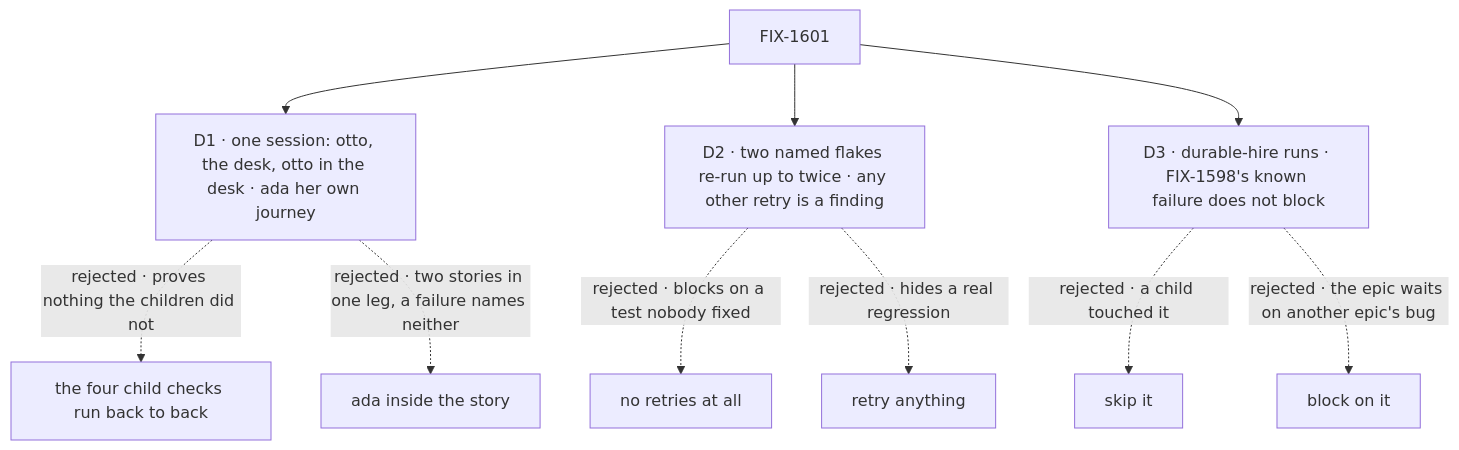
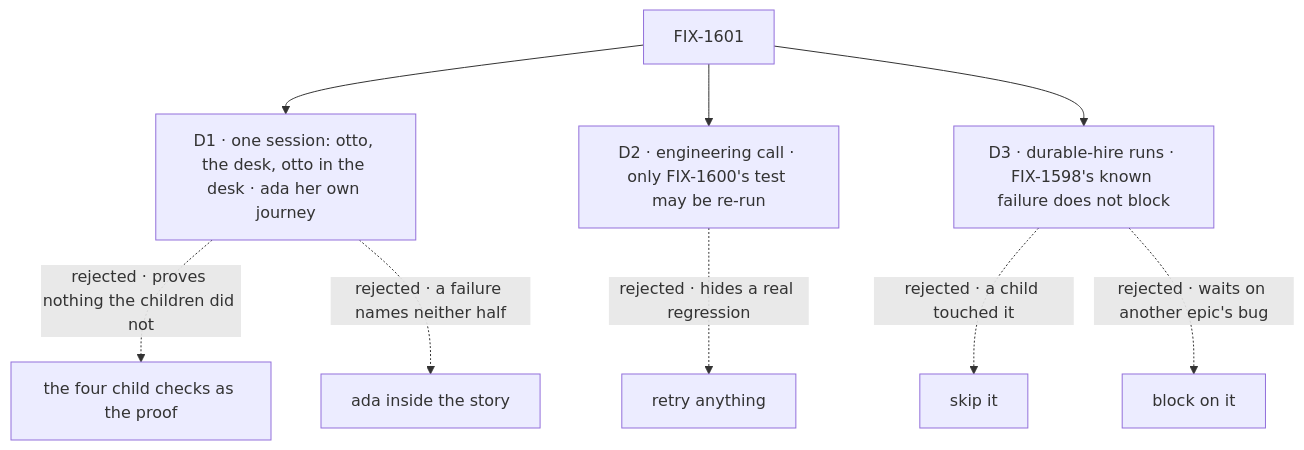
Before and after one commit to fixpoint-labs/flow-state-dev: the diagram in specs/issues/FIX-1601/DECISIONS.md, drawn with Mermaid. The commit also changed other lines of this file and 6 other files, not shown here.

````diff
--- a/specs/issues/FIX-1601/DECISIONS.md
+++ b/specs/issues/FIX-1601/DECISIONS.md
@@ -12,12 +11,11 @@
 ```mermaid
 flowchart TD
   I["FIX-1601"] --> D1["D1 · one session: otto, the desk, otto in the desk · ada her own journey"]
-  D1 -.->|"rejected · proves nothing the children did not"| X1a["the four child checks run back to back"]
-  D1 -.->|"rejected · two stories in one leg, a failure names neither"| X1b["ada inside the story"]
-  I --> D2["D2 · two named flakes re-run up to twice · any other retry is a finding"]
-  D2 -.->|"rejected · blocks on a test nobody fixed"| X2a["no retries at all"]
-  D2 -.->|"rejected · hides a real regression"| X2b["retry anything"]
+  D1 -.->|"rejected · proves nothing the children did not"| X1a["the four child checks as the proof"]
+  D1 -.->|"rejected · a failure names neither half"| X1b["ada inside the story"]
+  I --> D2["D2 · engineering call · only FIX-1600's test may be re-run"]
+  D2 -.->|"rejected · hides a real regression"| X2["retry anything"]
   I --> D3["D3 · durable-hire runs · FIX-1598's known failure does not block"]
   D3 -.->|"rejected · a child touched it"| X3a["skip it"]
-  D3 -.->|"rejected · the epic waits on another epic's bug"| X3b["block on it"]
+  D3 -.->|"rejected · waits on another epic's bug"| X3b["block on it"]
 ```
````
